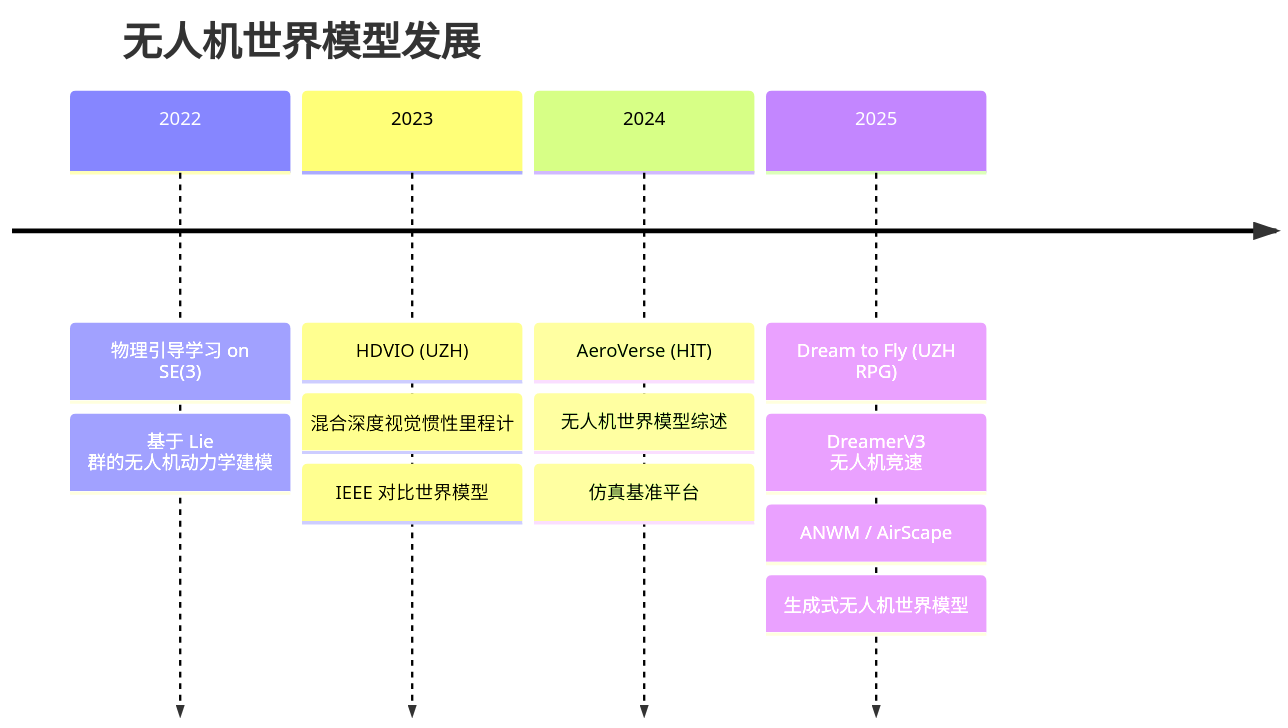
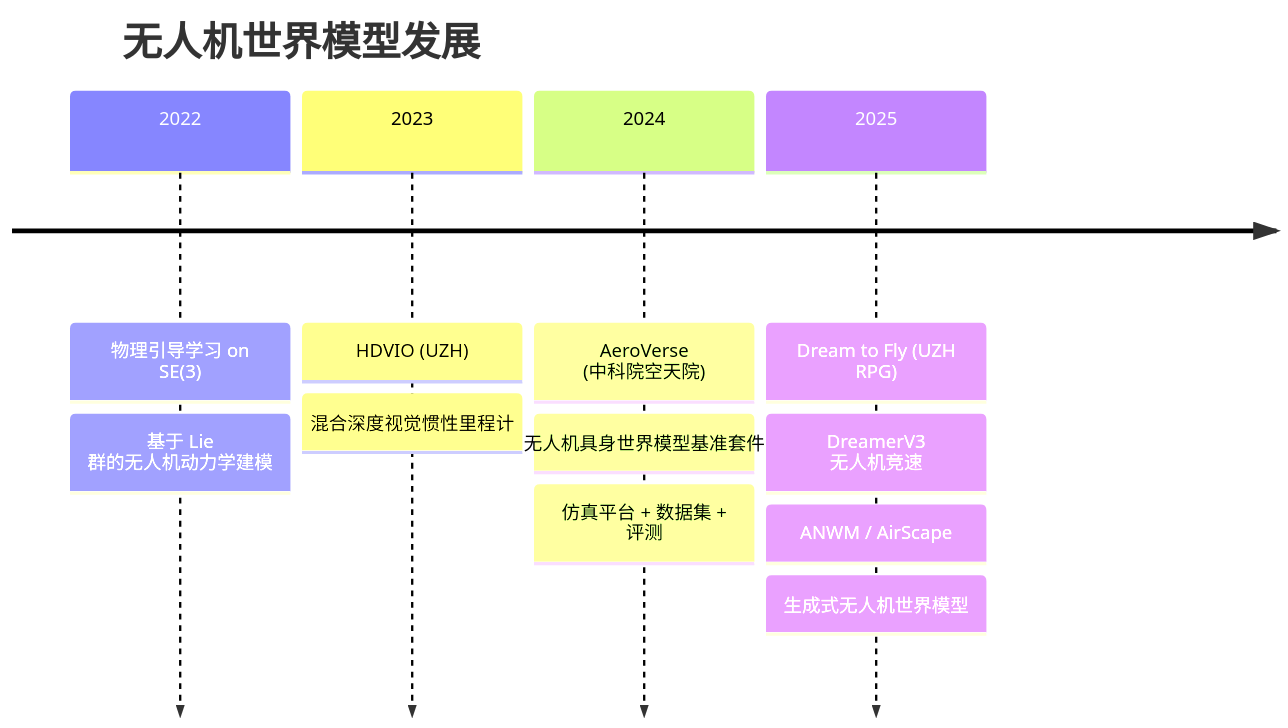
Before and after one commit to Qxy661/UAV-WM-VLA-Learning: the sixth of 6 diagrams in docs/02-世界模型专题/01-世界模型发展史.md, drawn with Mermaid. The commit also changed other lines of this file and 53 other files, not shown here.

````diff
--- a/docs/02-世界模型专题/01-世界模型发展史.md
+++ b/docs/02-世界模型专题/01-世界模型发展史.md
@@ -355,16 +375,15 @@
 ```mermaid
 timeline
     title 无人机世界模型发展
     2022 : 物理引导学习 on SE(3)
          : 基于 Lie 群的无人机动力学建模
     2023 : HDVIO (UZH)
          : 混合深度视觉惯性里程计
-         : IEEE 对比世界模型
-    2024 : AeroVerse (HIT)
-         : 无人机世界模型综述
-         : 仿真基准平台
+    2024 : AeroVerse (中科院空天院)
+         : 无人机具身世界模型基准套件
+         : 仿真平台 + 数据集 + 评测
     2025 : Dream to Fly (UZH RPG)
          : DreamerV3 无人机竞速
          : ANWM / AirScape
          : 生成式无人机世界模型
 ```
````
